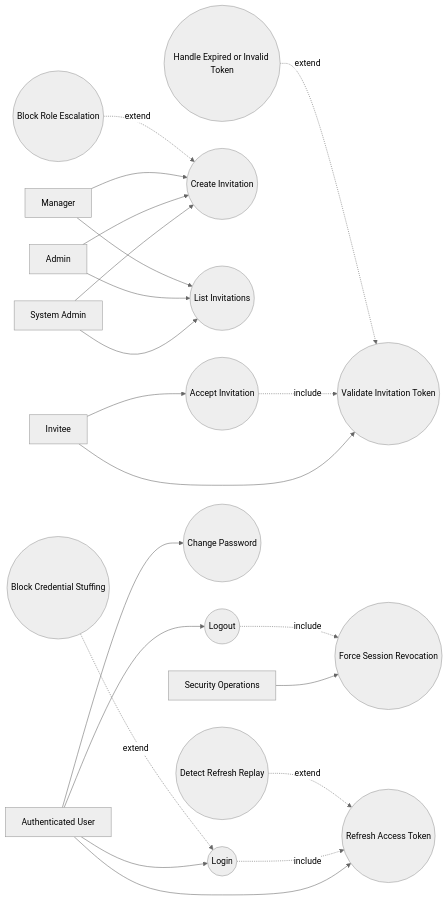
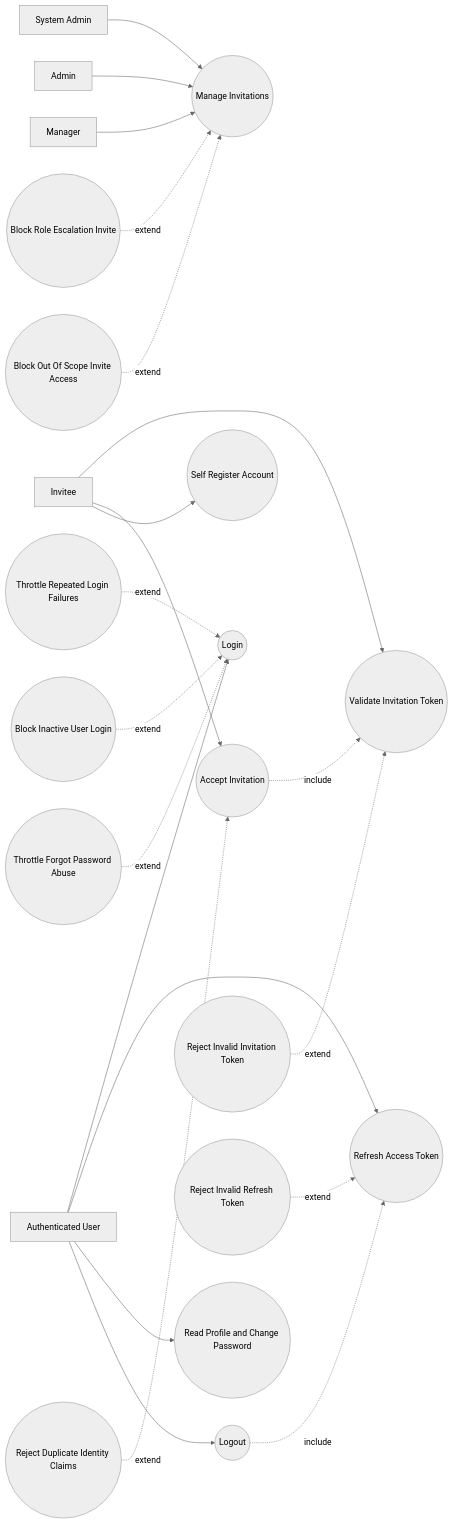
Before and after one commit to Yogevso/finale_project: the diagram in diagrams/phases/P0_ACCESS_IDENTITY/USE_CASE.md, drawn with Mermaid (neutral theme). The commit also changed other lines of this file and 23 other files, not shown here.

Commit message:
chore: update phase diagrams and frontend artifacts

````diff
--- a/diagrams/phases/P0_ACCESS_IDENTITY/USE_CASE.md
+++ b/diagrams/phases/P0_ACCESS_IDENTITY/USE_CASE.md
@@ -34,46 +33,49 @@
 ```mermaid
 flowchart LR
     SA[System Admin]
     AD[Admin]
     MG[Manager]
     IV[Invitee]
     AU[Authenticated User]
-    SOC[Security Operations]
 
-    UC1((Create Invitation))
-    UC2((List Invitations))
-    UC3((Validate Invitation Token))
-    UC4((Accept Invitation))
+    UC1((Manage Invitations))
+    UC2((Validate Invitation Token))
+    UC3((Accept Invitation))
+    UC4((Self Register Account))
     UC5((Login))
     UC6((Refresh Access Token))
-    UC7((Change Password))
+    UC7((Read Profile and Change Password))
     UC8((Logout))
 
-    EX1((Handle Expired or Invalid Token))
-    EX2((Block Role Escalation))
-    EX3((Block Credential Stuffing))
-    EX4((Detect Refresh Replay))
-    EX5((Force Session Revocation))
+    EX1((Reject Invalid Invitation Token))
+    EX2((Reject Duplicate Identity Claims))
+    EX3((Block Role Escalation Invite))
+    EX4((Block Out Of Scope Invite Access))
+    EX5((Throttle Repeated Login Failures))
+    EX6((Reject Invalid Refresh Token))
+    EX7((Block Inactive User Login))
+    EX8((Throttle Forgot Password Abuse))
 
     SA --> UC1
     AD --> UC1
     MG --> UC1
-    SA --> UC2
-    AD --> UC2
-    MG --> UC2
+    IV --> UC2
     IV --> UC3
     IV --> UC4
     AU --> UC5
     AU --> UC6
     AU --> UC7
     AU --> UC8
-    SOC --> EX5
 
-    UC4 -. include .-> UC3
-    UC5 -. include .-> UC6
-    UC8 -. include .-> EX5
-    EX1 -. extend .-> UC3
-    EX2 -. extend .-> UC1
-    EX3 -. extend .-> UC5
-    EX4 -. extend .-> UC6
+    UC3 -. include .-> UC2
+    UC8 -. include .-> UC6
+
+    EX1 -. extend .-> UC2
+    EX2 -. extend .-> UC3
+    EX3 -. extend .-> UC1
+    EX4 -. extend .-> UC1
+    EX5 -. extend .-> UC5
+    EX6 -. extend .-> UC6
+    EX7 -. extend .-> UC5
+    EX8 -. extend .-> UC5
 ```
````
